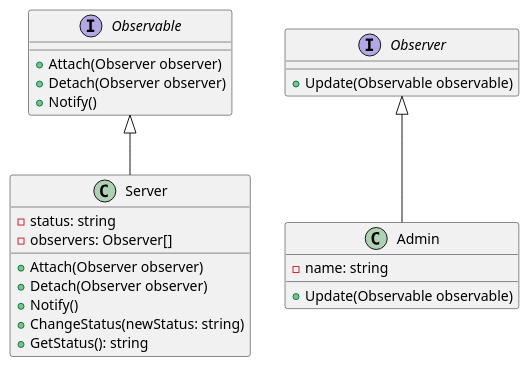
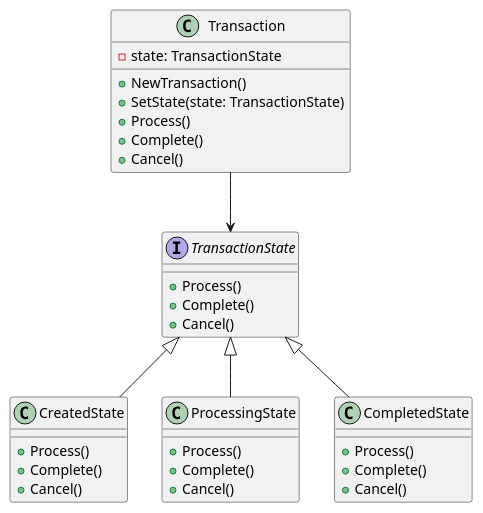
One commit to andrewovchinnikov/design-patterns changed the diagram in klassifikaciya-patternov/povedencheskie-patterny-behavioral-patterns/sostoyanie-state/primery/obrabotka-sostoyanii-tranzakcii-v-bankovskoi-sisteme/go.md. Above: the diagram before and after it, drawn with PlantUML. The commit also changed other lines of this file and 155 other files, not shown here.

````diff
--- a/klassifikaciya-patternov/povedencheskie-patterny-behavioral-patterns/sostoyanie-state/primery/obrabotka-sostoyanii-tranzakcii-v-bankovskoi-sisteme/go.md
+++ b/klassifikaciya-patternov/povedencheskie-patterny-behavioral-patterns/sostoyanie-state/primery/obrabotka-sostoyanii-tranzakcii-v-bankovskoi-sisteme/go.md
@@ -130,33 +130,41 @@
 ```plantuml
 @startuml
-
-interface Observable {
-    +Attach(Observer observer)
-    +Detach(Observer observer)
-    +Notify()
+interface TransactionState {
+    +Process()
+    +Complete()
+    +Cancel()
 }
 
-interface Observer {
-    +Update(Observable observable)
+class CreatedState {
+    +Process()
+    +Complete()
+    +Cancel()
 }
 
-class Server {
-    -status: string
-    -observers: Observer[]
-    +Attach(Observer observer)
-    +Detach(Observer observer)
-    +Notify()
-    +ChangeStatus(newStatus: string)
-    +GetStatus(): string
+class ProcessingState {
+    +Process()
+    +Complete()
+    +Cancel()
 }
 
-class Admin {
-    -name: string
-    +Update(Observable observable)
+class CompletedState {
+    +Process()
+    +Complete()
+    +Cancel()
 }
 
-Observable <|-- Server
-Observer <|-- Admin
+class Transaction {
+    -state: TransactionState
+    +NewTransaction()
+    +SetState(state: TransactionState)
+    +Process()
+    +Complete()
+    +Cancel()
+}
 
+TransactionState <|-- CreatedState
+TransactionState <|-- ProcessingState
+TransactionState <|-- CompletedState
+Transaction --> TransactionState
 @enduml
 ```
````
